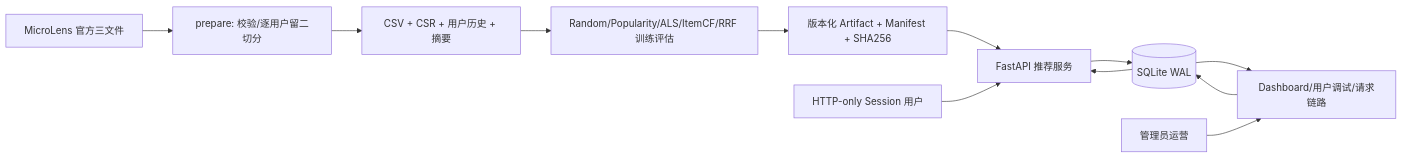
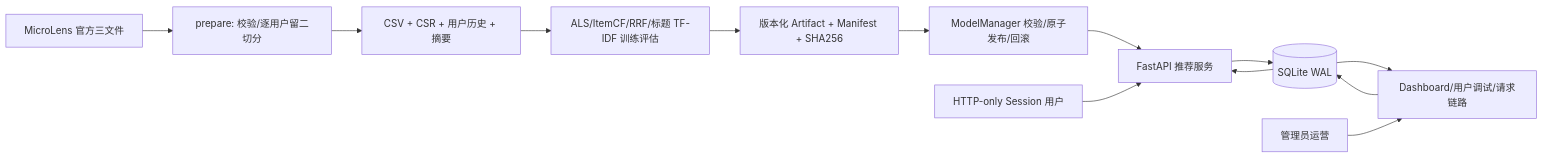
One commit to Golden-Paradise/microlens-recsys-mvp changed the diagram in docs/ARCHITECTURE.md. Above: the diagram before and after it, drawn with Mermaid. The commit also changed other lines of this file and 34 other files, not shown here.

````diff
--- a/docs/ARCHITECTURE.md
+++ b/docs/ARCHITECTURE.md
@@ -5,14 +5,15 @@
 ```mermaid
 flowchart LR
   O[MicroLens 官方三文件] --> P[prepare: 校验/逐用户留二切分]
   P --> D[CSV + CSR + 用户历史 + 摘要]
-  D --> T[Random/Popularity/ALS/ItemCF/RRF 训练评估]
+  D --> T[ALS/ItemCF/RRF/标题 TF-IDF 训练评估]
   T --> A[版本化 Artifact + Manifest + SHA256]
-  A --> S[FastAPI 推荐服务]
+  A --> R[ModelManager 校验/原子发布/回滚]
+  R --> S[FastAPI 推荐服务]
   U[HTTP-only Session 用户] --> S
   S --> Q[(SQLite WAL)]
   Q --> B[Dashboard/用户调试/请求链路]
   M[管理员运营] --> B
   B --> Q
   Q --> S
 ```
````
